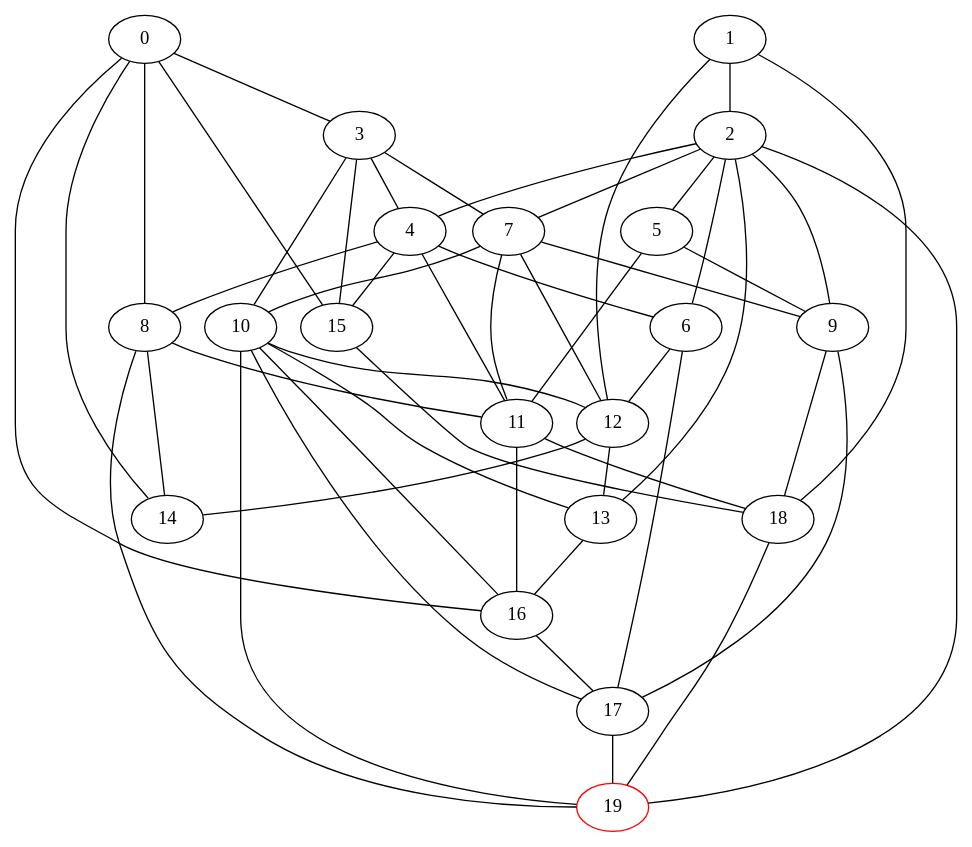
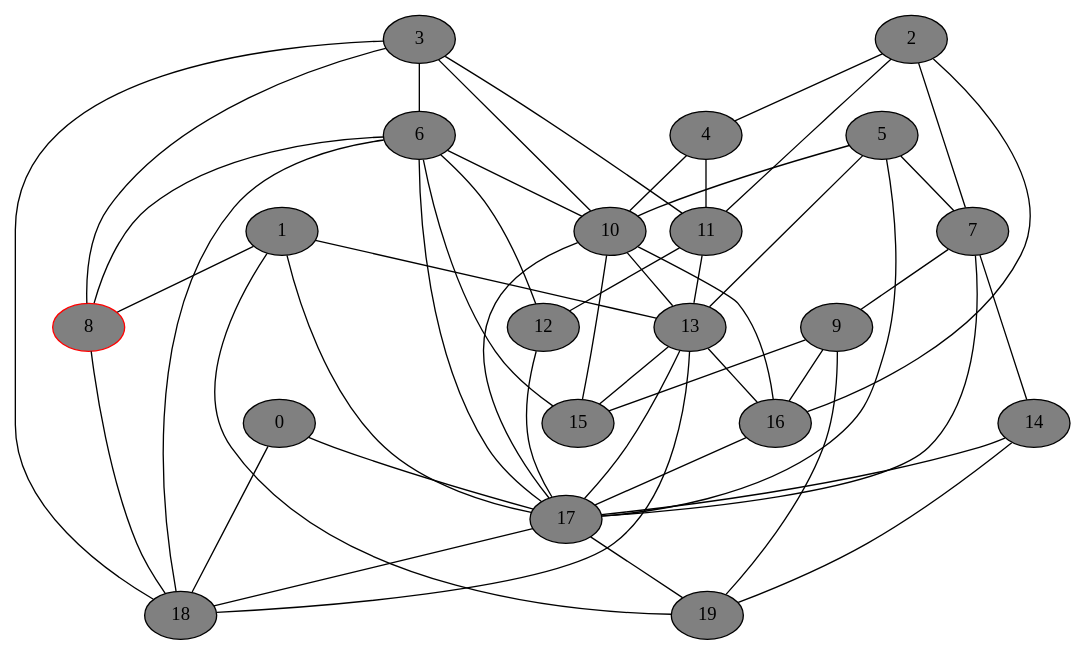
The diagram in gv_graphs/nxt0383.dot (DSMishler/EBA_models), drawn with Graphviz before and after one commit. The commit also changed 1043 other files, not shown here.

Commit message:
second set of graphs

```diff
--- a/gv_graphs/nxt0383.dot
+++ b/gv_graphs/nxt0383.dot
@@ -1,74 +1,74 @@
 // network test graph
 digraph
 {
-	0 [fillcolor=gray,style=shaded,]
-	1 [fillcolor=gray,style=shaded,]
-	2 [fillcolor=gray,style=shaded,]
-	3 [fillcolor=gray,style=shaded,]
-	4 [fillcolor=gray,style=shaded,]
-	5 [fillcolor=gray,style=shaded,]
-	6 [fillcolor=gray,style=shaded,]
-	7 [fillcolor=gray,style=shaded,]
-	8 [fillcolor=gray,style=shaded,]
-	9 [fillcolor=gray,style=shaded,]
-	10 [fillcolor=gray,style=shaded,]
-	11 [fillcolor=gray,style=shaded,]
-	12 [fillcolor=gray,style=shaded,]
-	13 [fillcolor=gray,style=shaded,]
-	14 [fillcolor=gray,style=shaded,]
-	15 [fillcolor=gray,style=shaded,]
-	16 [fillcolor=gray,style=shaded,]
-	17 [fillcolor=gray,style=shaded,]
-	18 [fillcolor=gray,style=shaded,]
-	19 [fillcolor=gray,style=shaded,color=red,]
-	0 -> 3 [dir=none]
-	0 -> 8 [dir=none]
-	0 -> 14 [dir=none]
-	0 -> 15 [dir=none]
-	0 -> 16 [dir=none]
-	1 -> 2 [dir=none]
-	1 -> 12 [dir=none]
-	1 -> 18 [dir=none]
+	0 [fillcolor=gray,style=filled,]
+	1 [fillcolor=gray,style=filled,]
+	2 [fillcolor=gray,style=filled,]
+	3 [fillcolor=gray,style=filled,]
+	4 [fillcolor=gray,style=filled,]
+	5 [fillcolor=gray,style=filled,]
+	6 [fillcolor=gray,style=filled,]
+	7 [fillcolor=gray,style=filled,]
+	8 [fillcolor=gray,style=filled,color=red,]
+	9 [fillcolor=gray,style=filled,]
+	10 [fillcolor=gray,style=filled,]
+	11 [fillcolor=gray,style=filled,]
+	12 [fillcolor=gray,style=filled,]
+	13 [fillcolor=gray,style=filled,]
+	14 [fillcolor=gray,style=filled,]
+	15 [fillcolor=gray,style=filled,]
+	16 [fillcolor=gray,style=filled,]
+	17 [fillcolor=gray,style=filled,]
+	18 [fillcolor=gray,style=filled,]
+	19 [fillcolor=gray,style=filled,]
+	0 -> 17 [dir=none]
+	0 -> 18 [dir=none]
+	1 -> 8 [dir=none]
+	1 -> 13 [dir=none]
+	1 -> 17 [dir=none]
+	1 -> 19 [dir=none]
 	2 -> 4 [dir=none]
-	2 -> 5 [dir=none]
-	2 -> 6 [dir=none]
 	2 -> 7 [dir=none]
-	2 -> 9 [dir=none]
-	2 -> 13 [dir=none]
-	2 -> 19 [dir=none]
-	3 -> 4 [dir=none]
-	3 -> 7 [dir=none]
+	2 -> 11 [dir=none]
+	2 -> 16 [dir=none]
+	3 -> 6 [dir=none]
+	3 -> 8 [dir=none]
 	3 -> 10 [dir=none]
-	3 -> 15 [dir=none]
-	4 -> 6 [dir=none]
-	4 -> 8 [dir=none]
+	3 -> 11 [dir=none]
+	3 -> 18 [dir=none]
+	4 -> 10 [dir=none]
 	4 -> 11 [dir=none]
-	4 -> 15 [dir=none]
-	5 -> 9 [dir=none]
-	5 -> 11 [dir=none]
+	5 -> 7 [dir=none]
+	5 -> 10 [dir=none]
+	5 -> 13 [dir=none]
+	5 -> 17 [dir=none]
+	6 -> 8 [dir=none]
+	6 -> 10 [dir=none]
 	6 -> 12 [dir=none]
+	6 -> 15 [dir=none]
 	6 -> 17 [dir=none]
+	6 -> 18 [dir=none]
 	7 -> 9 [dir=none]
-	7 -> 10 [dir=none]
-	7 -> 11 [dir=none]
-	7 -> 12 [dir=none]
-	8 -> 11 [dir=none]
-	8 -> 14 [dir=none]
-	8 -> 19 [dir=none]
-	9 -> 17 [dir=none]
-	9 -> 18 [dir=none]
-	10 -> 12 [dir=none]
+	7 -> 14 [dir=none]
+	7 -> 17 [dir=none]
+	8 -> 18 [dir=none]
+	9 -> 15 [dir=none]
+	9 -> 16 [dir=none]
+	9 -> 19 [dir=none]
 	10 -> 13 [dir=none]
+	10 -> 15 [dir=none]
 	10 -> 16 [dir=none]
 	10 -> 17 [dir=none]
-	10 -> 19 [dir=none]
-	11 -> 16 [dir=none]
-	11 -> 18 [dir=none]
-	12 -> 13 [dir=none]
-	12 -> 14 [dir=none]
+	11 -> 12 [dir=none]
+	11 -> 13 [dir=none]
+	12 -> 17 [dir=none]
+	13 -> 15 [dir=none]
 	13 -> 16 [dir=none]
-	15 -> 18 [dir=none]
+	13 -> 17 [dir=none]
+	13 -> 18 [dir=none]
+	14 -> 17 [dir=none]
+	14 -> 19 [dir=none]
 	16 -> 17 [dir=none]
+	17 -> 18 [dir=none]
 	17 -> 19 [dir=none]
-	18 -> 19 [dir=none]
 }
```
